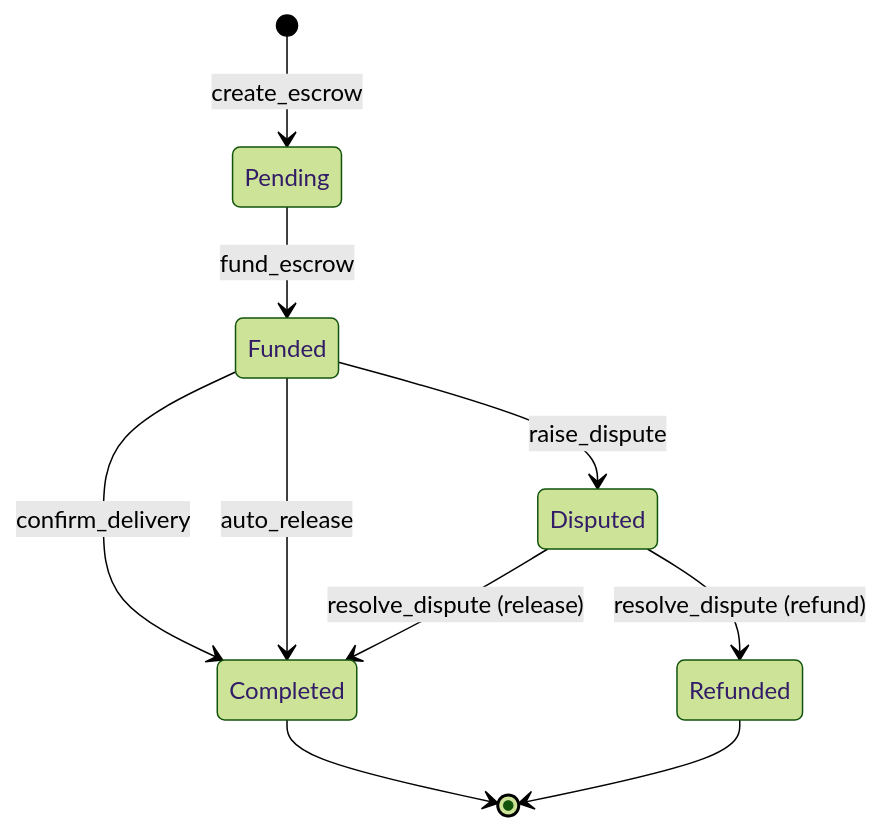
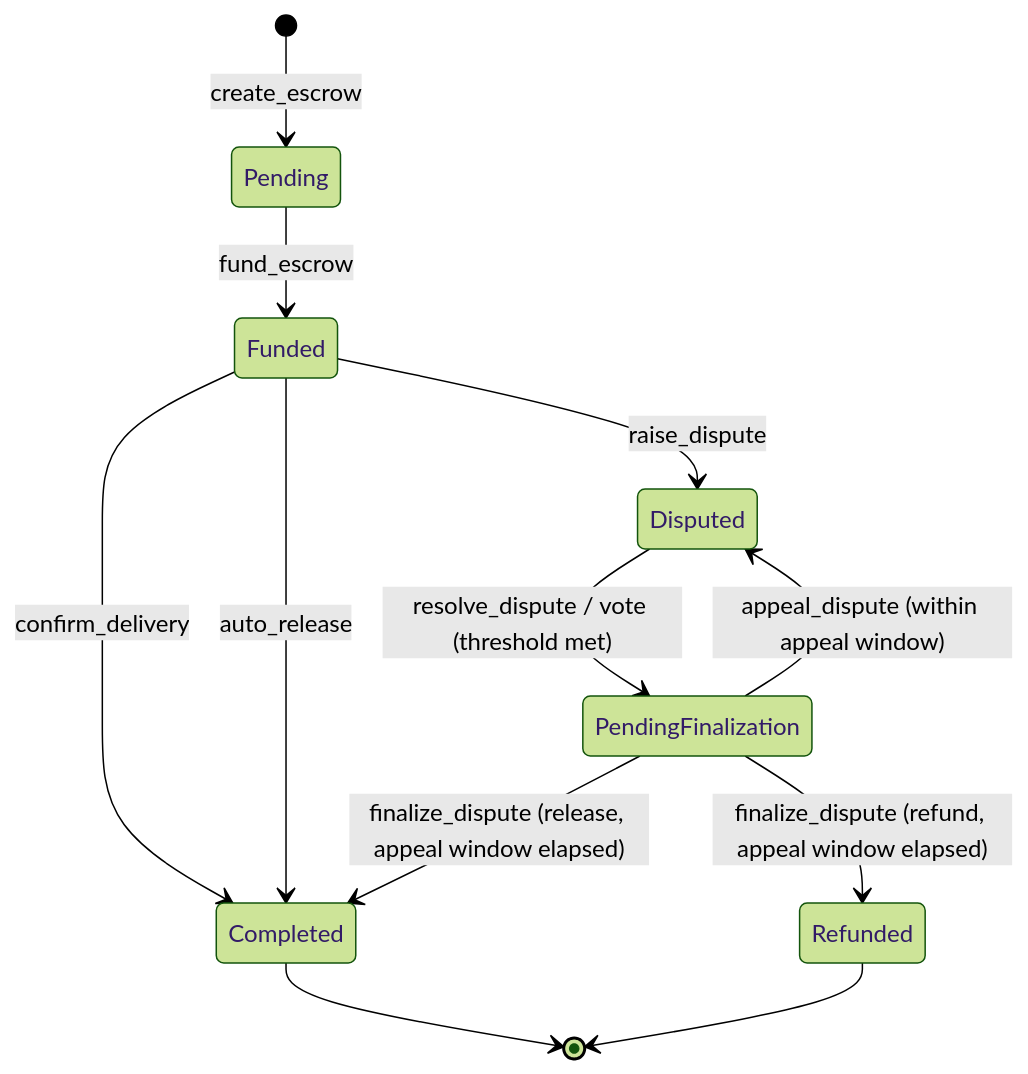
The first of 6 diagrams in ARCHITECTURE.md (Asta-wizard/trust-link-contract), drawn with Mermaid (forest theme) before and after one commit. The commit also changed other lines of this file and 21 other files, not shown here.

First line of the commit message:
chore: doc comments, architecture docs, module split, and debug-file cleanup (#627, #628, #629, #630) (#683)

````diff
--- a/ARCHITECTURE.md
+++ b/ARCHITECTURE.md
@@ -11,12 +11,14 @@
 ```mermaid
 stateDiagram-v2
     [*] --> Pending : create_escrow
     Pending --> Funded : fund_escrow
     Funded --> Completed : confirm_delivery
     Funded --> Completed : auto_release
     Funded --> Disputed : raise_dispute
-    Disputed --> Completed : resolve_dispute (release)
-    Disputed --> Refunded : resolve_dispute (refund)
+    Disputed --> PendingFinalization : resolve_dispute / vote (threshold met)
+    PendingFinalization --> Completed : finalize_dispute (release, appeal window elapsed)
+    PendingFinalization --> Refunded : finalize_dispute (refund, appeal window elapsed)
+    PendingFinalization --> Disputed : appeal_dispute (within appeal window)
     Completed --> [*]
     Refunded --> [*]
 ```
````
